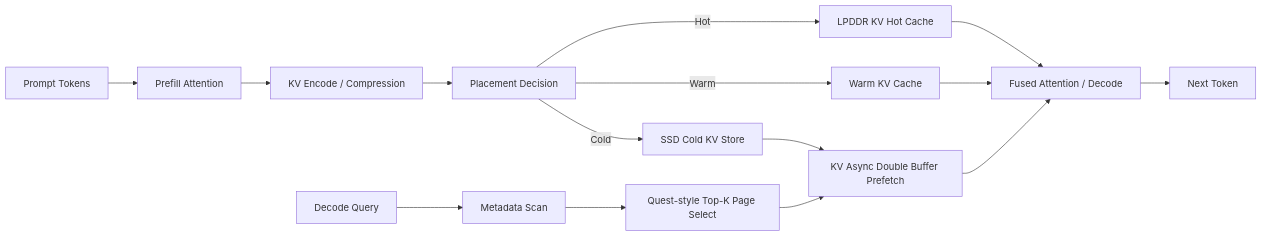
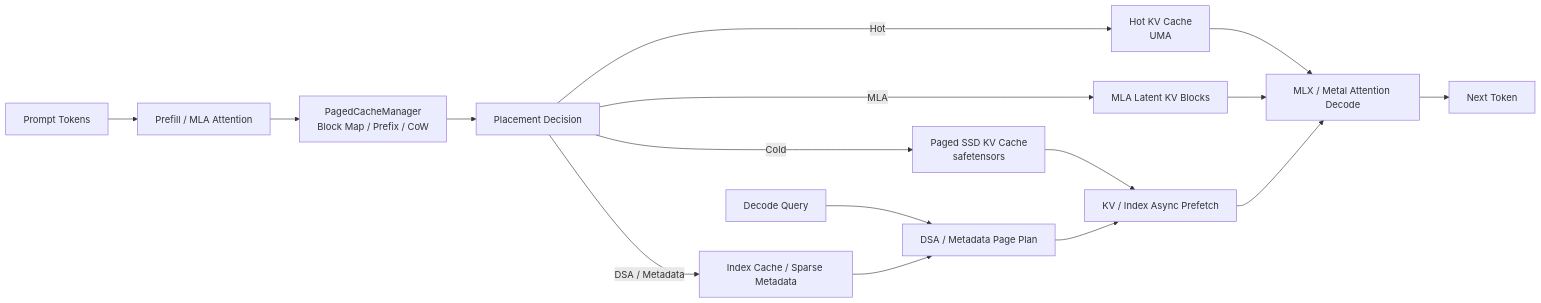
Before and after one commit to j835111/LLM-serving-framework: the third of 3 diagrams in oMLX-系統架構模組圖.md, drawn with Mermaid. The commit also changed other lines of this file and 7 other files, not shown here.

````diff
--- a/oMLX-系統架構模組圖.md
+++ b/oMLX-系統架構模組圖.md
@@ -354,19 +491,20 @@
 ```mermaid
 flowchart LR
-    A["Prompt Tokens"] --> B["Prefill Attention"]
-    B --> C["KV Encode / Compression"]
+    A["Prompt Tokens"] --> B["Prefill / MLA Attention"]
+    B --> C["PagedCacheManager<br/>Block Map / Prefix / CoW"]
     C --> D["Placement Decision"]
 
-    D -->|Hot| E["LPDDR KV Hot Cache"]
-    D -->|Warm| F["Warm KV Cache"]
-    D -->|Cold| G["SSD Cold KV Store"]
+    D -->|Hot| E["Hot KV Cache<br/>UMA"]
+    D -->|Cold| F["Paged SSD KV Cache<br/>safetensors"]
+    D -->|MLA| G["MLA Latent KV Blocks"]
+    D -->|DSA / Metadata| H["Index Cache / Sparse Metadata"]
 
-    H["Decode Query"] --> I["Metadata Scan"]
-    I --> J["Quest-style Top-K Page Select"]
-    G --> K["KV Async Double Buffer Prefetch"]
+    I["Decode Query"] --> J["DSA / Metadata Page Plan"]
+    H --> J
+    F --> K["KV / Index Async Prefetch"]
     J --> K
-    E --> L["Fused Attention / Decode"]
-    F --> L
+    E --> L["MLX / Metal Attention Decode"]
+    G --> L
     K --> L
     L --> M["Next Token"]
 ```
````
